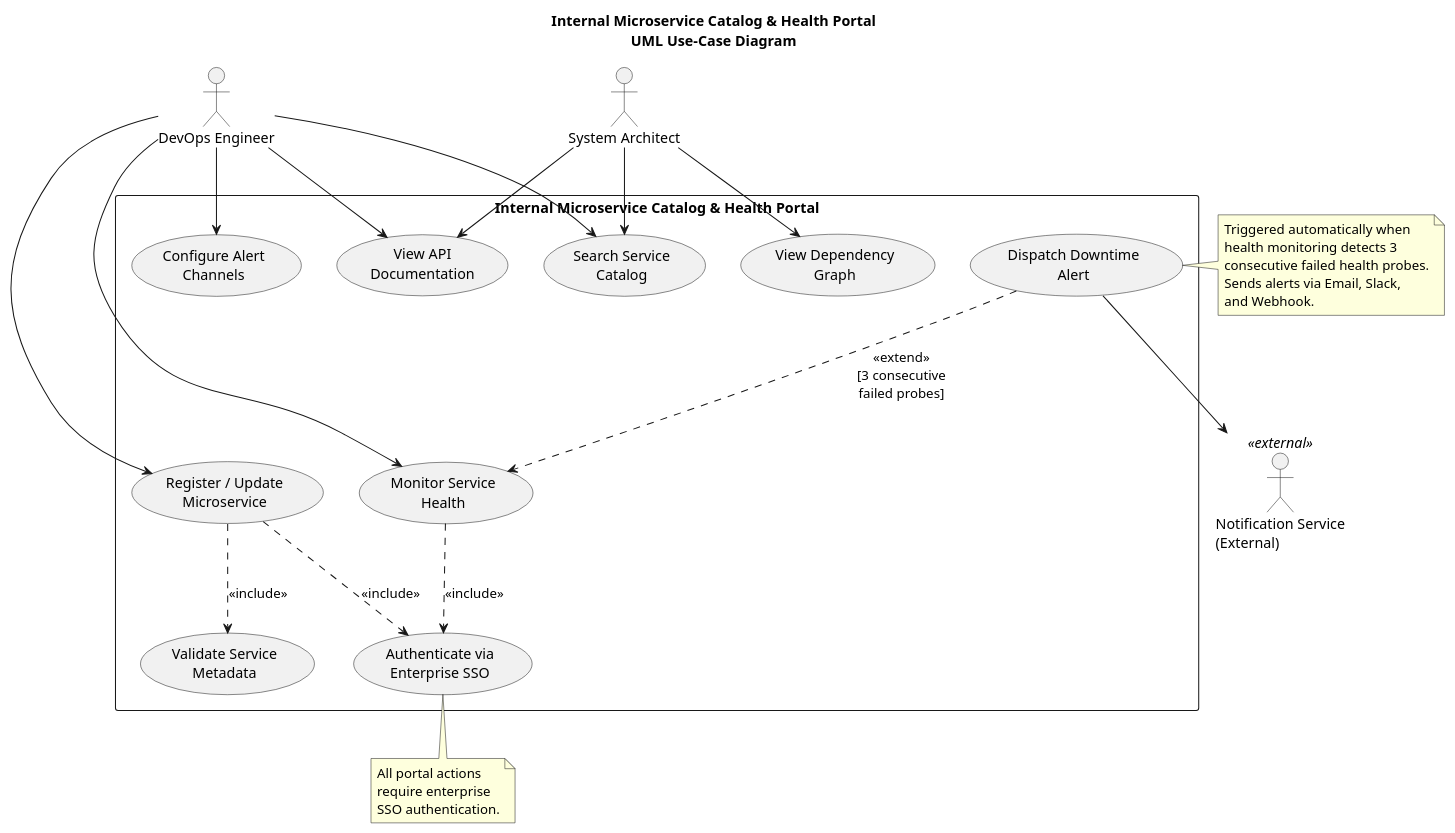
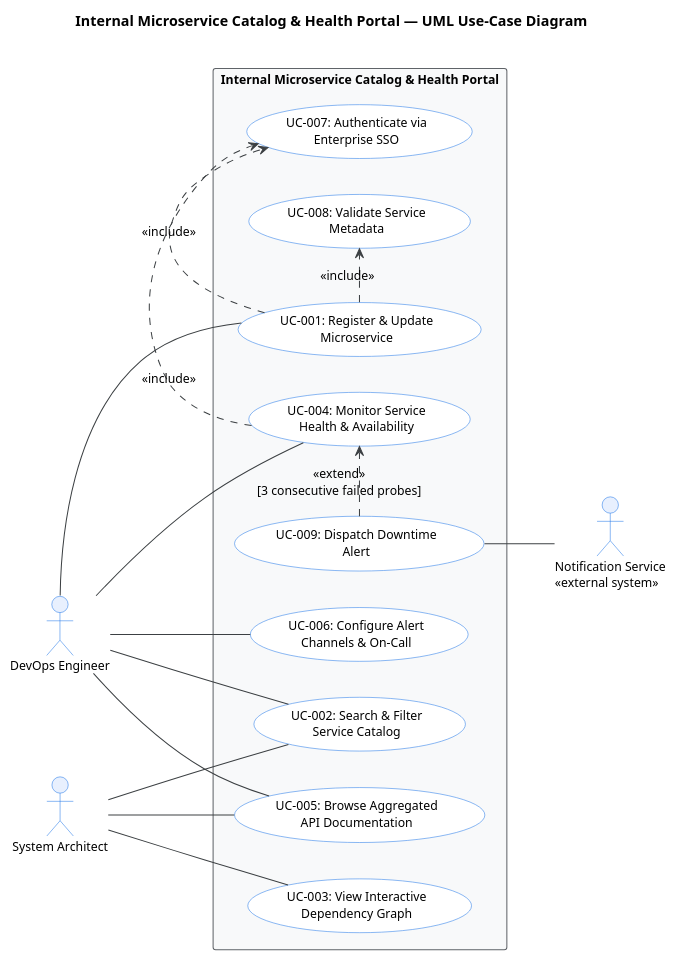
The diagram in use_case_diagram.puml (SubramaniBM/LAB1_Activity_Subramani_BM_PES1UG24CS473), drawn with PlantUML before and after one commit. The commit also changed 4 other files, not shown here.

Commit message:
Refine deliverables: Add Type column to all requirements, polish UML diagram layout and standard notation, embed diagram in README

```diff
--- a/use_case_diagram.puml
+++ b/use_case_diagram.puml
@@ -1,84 +1,74 @@
-@startuml InternalMicroserviceCatalogUseCases
+@startuml use_case_diagram
 
-' ──────────────────────────────────────────────
-' Title
-' ──────────────────────────────────────────────
-title Internal Microservice Catalog & Health Portal\nUML Use-Case Diagram
+skinparam handwritten false
+skinparam monochrome false
+skinparam packageStyle rectangle
+skinparam shadowing false
+skinparam defaultFontName Arial
+skinparam defaultFontSize 12
 
-' ──────────────────────────────────────────────
-' Actors
-' ──────────────────────────────────────────────
+skinparam actor {
+    BackgroundColor #E8F0FE
+    BorderColor #1A73E8
+}
+
+skinparam usecase {
+    BackgroundColor #FFFFFF
+    BorderColor #1A73E8
+    ArrowColor #3C4043
+}
+
+skinparam rectangle {
+    BackgroundColor #F8F9FA
+    BorderColor #5F6368
+}
+
+title **Internal Microservice Catalog & Health Portal — UML Use-Case Diagram**\n
+
+left to right direction
+
+' ── Actors (Left) ──
 actor "DevOps Engineer" as DevOps
 actor "System Architect" as Architect
-actor "Notification Service\n(External)" as NotifSvc <<external>>
 
-' ──────────────────────────────────────────────
-' System Boundary
-' ──────────────────────────────────────────────
+' ── System Boundary ──
 rectangle "Internal Microservice Catalog & Health Portal" {
-
-    ' ── Primary Use Cases ──
-    usecase "Register / Update\nMicroservice" as UC1
-    usecase "Search Service\nCatalog" as UC2
-    usecase "View Dependency\nGraph" as UC3
-    usecase "Monitor Service\nHealth" as UC4
-    usecase "View API\nDocumentation" as UC5
-    usecase "Configure Alert\nChannels" as UC6
-
-    ' ── Included Use Cases ──
-    usecase "Authenticate via\nEnterprise SSO" as UC_Auth
-    usecase "Validate Service\nMetadata" as UC_Validate
-
-    ' ── Extended Use Case ──
-    usecase "Dispatch Downtime\nAlert" as UC_Alert
-
+    
+    usecase "UC-001: Register & Update\nMicroservice" as UC1
+    usecase "UC-002: Search & Filter\nService Catalog" as UC2
+    usecase "UC-003: View Interactive\nDependency Graph" as UC3
+    usecase "UC-004: Monitor Service\nHealth & Availability" as UC4
+    usecase "UC-005: Browse Aggregated\nAPI Documentation" as UC5
+    usecase "UC-006: Configure Alert\nChannels & On-Call" as UC6
+    
+    usecase "UC-007: Authenticate via\nEnterprise SSO" as UC_Auth
+    usecase "UC-008: Validate Service\nMetadata" as UC_Validate
+    usecase "UC-009: Dispatch Downtime\nAlert" as UC_Alert
 }
 
-' ──────────────────────────────────────────────
-' Actor ↔ Use-Case Associations
-' ──────────────────────────────────────────────
-DevOps --> UC1
-DevOps --> UC2
-DevOps --> UC4
-DevOps --> UC5
-DevOps --> UC6
+' ── External Actor (Right) ──
+actor "Notification Service\n<<external system>>" as NotifSvc
 
-Architect --> UC2
-Architect --> UC3
-Architect --> UC5
+' ── Actor Associations ──
+DevOps -- UC1
+DevOps -- UC2
+DevOps -- UC4
+DevOps -- UC5
+DevOps -- UC6
 
-' ──────────────────────────────────────────────
-' «include» Relationships
-' ──────────────────────────────────────────────
-UC1 ..> UC_Auth : <<include>>
-UC1 ..> UC_Validate : <<include>>
-UC4 ..> UC_Auth : <<include>>
+Architect -- UC2
+Architect -- UC3
+Architect -- UC5
 
-' ──────────────────────────────────────────────
-' «extend» Relationship
-' ──────────────────────────────────────────────
-UC_Alert ..> UC4 : <<extend>>\n[3 consecutive\nfailed probes]
+' ── Include Relationships ──
+UC1 .> UC_Validate : <<include>>
+UC1 .> UC_Auth : <<include>>
+UC4 .> UC_Auth : <<include>>
 
-' ──────────────────────────────────────────────
-' External Actor Association
-' ──────────────────────────────────────────────
-UC_Alert --> NotifSvc
+' ── Extend Relationship ──
+UC_Alert .> UC4 : <<extend>>\n[3 consecutive failed probes]
 
-' ──────────────────────────────────────────────
-' Notes
-' ──────────────────────────────────────────────
-note right of UC_Alert
-  Triggered automatically when
-  health monitoring detects 3
-  consecutive failed health probes.
-  Sends alerts via Email, Slack,
-  and Webhook.
-end note
-
-note bottom of UC_Auth
-  All portal actions
-  require enterprise
-  SSO authentication.
-end note
+' ── External System Association ──
+UC_Alert -- NotifSvc
 
 @enduml
```
